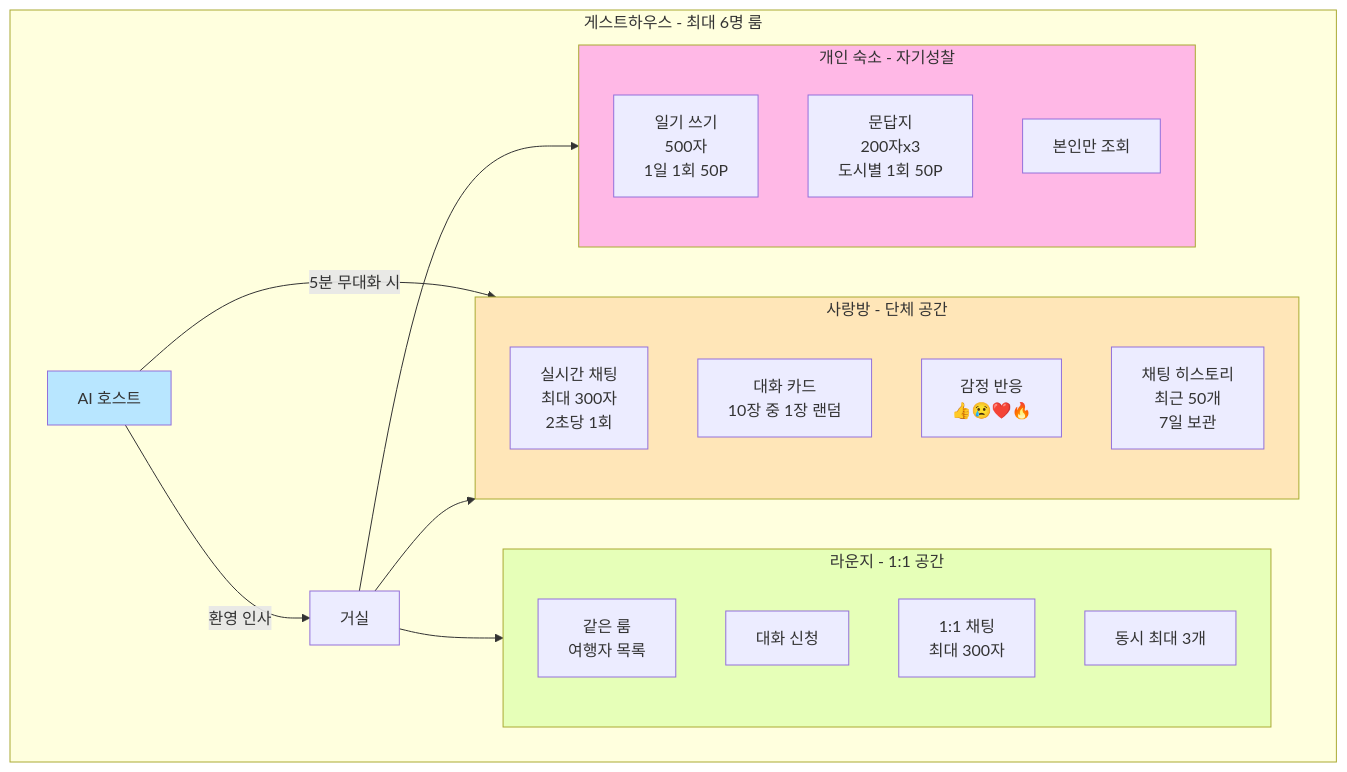
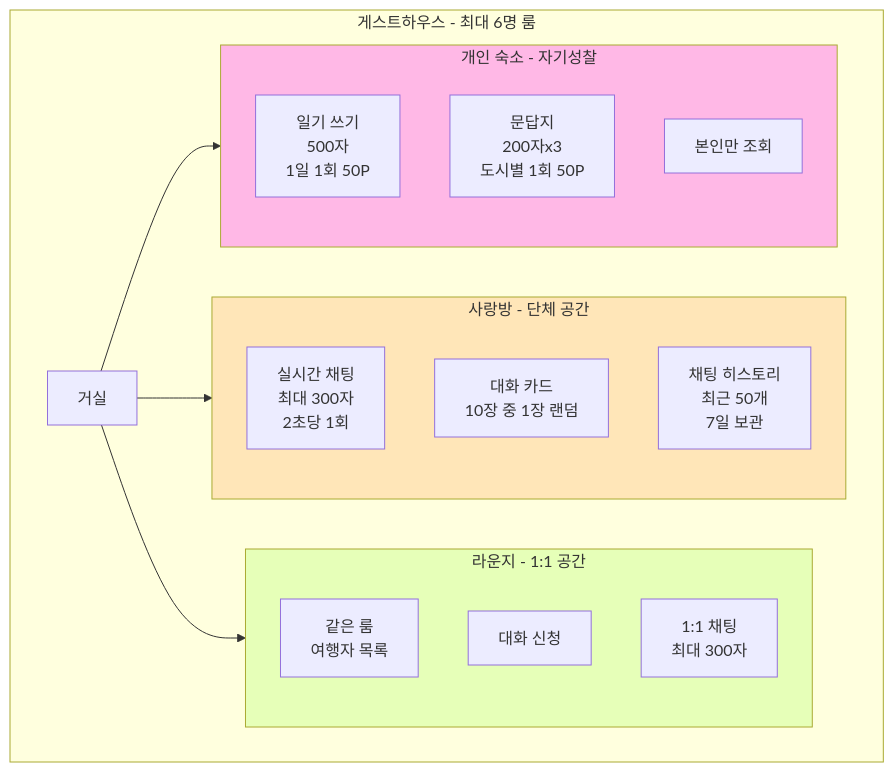
The second of 3 diagrams in docs/01-mvp.md (yuiyeong/bzero), drawn with Mermaid before and after one commit. The commit also changed other lines of this file, not shown here.

````diff
--- a/docs/01-mvp.md
+++ b/docs/01-mvp.md
@@ -223,36 +222,30 @@
 ```mermaid
 graph TB
 subgraph GuestHouse[게스트하우스 - 최대 6명 룸]
-Host[AI 호스트] -->|환영 인사|Lobby[거실]
-Host -->|5분 무대화 시|Sarangbang
-
-Lobby --> Sarangbang[사랑방]
+Lobby[거실] --> Sarangbang[사랑방]
 Lobby --> Lounge[라운지]
 Lobby --> Private[개인 숙소]
 
 subgraph Sarangbang[사랑방 - 단체 공간]
 Chat[실시간 채팅<br/>최대 300자<br/>2초당 1회]
 Card[대화 카드<br/>10장 중 1장 랜덤]
-Reaction[감정 반응<br/>👍😢❤️🔥]
 History[채팅 히스토리<br/>최근 50개<br/>7일 보관]
 end
 
 subgraph Lounge[라운지 - 1:1 공간]
 UserList[같은 룸<br/>여행자 목록]
 Request[대화 신청]
 OneOnOne[1:1 채팅<br/>최대 300자]
-Limit[동시 최대 3개]
 end
 
 subgraph Private[개인 숙소 - 자기성찰]
 Diary[일기 쓰기<br/>500자<br/>1일 1회 50P]
 Question[문답지<br/>200자x3<br/>도시별 1회 50P]
 Privacy[본인만 조회]
 end
 end
 
-style Host fill: #b8e6ff
 style Sarangbang fill: #ffe6b8
 style Lounge fill: #e6ffb8
 style Private fill: #ffb8e6
 ```
````
